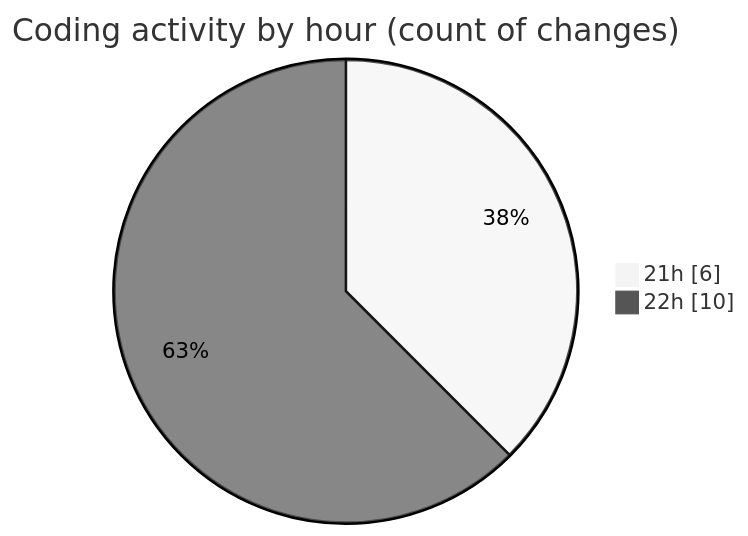
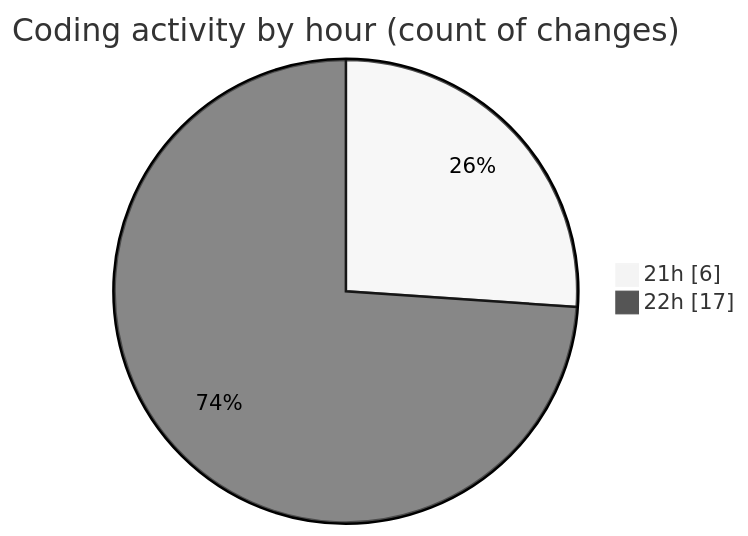
The second of 2 diagrams in 2026-02-17/classes/README.md (hasnaa123/code-tracking), drawn with Mermaid (neutral theme) before and after one commit. The commit also changed other lines of this file and 1 other file, not shown here.

````diff
--- a/2026-02-17/classes/README.md
+++ b/2026-02-17/classes/README.md
@@ -29,6 +29,6 @@
 ```mermaid
 pie showData
 title Coding activity by hour (count of changes)
 "21h" : 6
-"22h" : 10
+"22h" : 17
 ```
````
